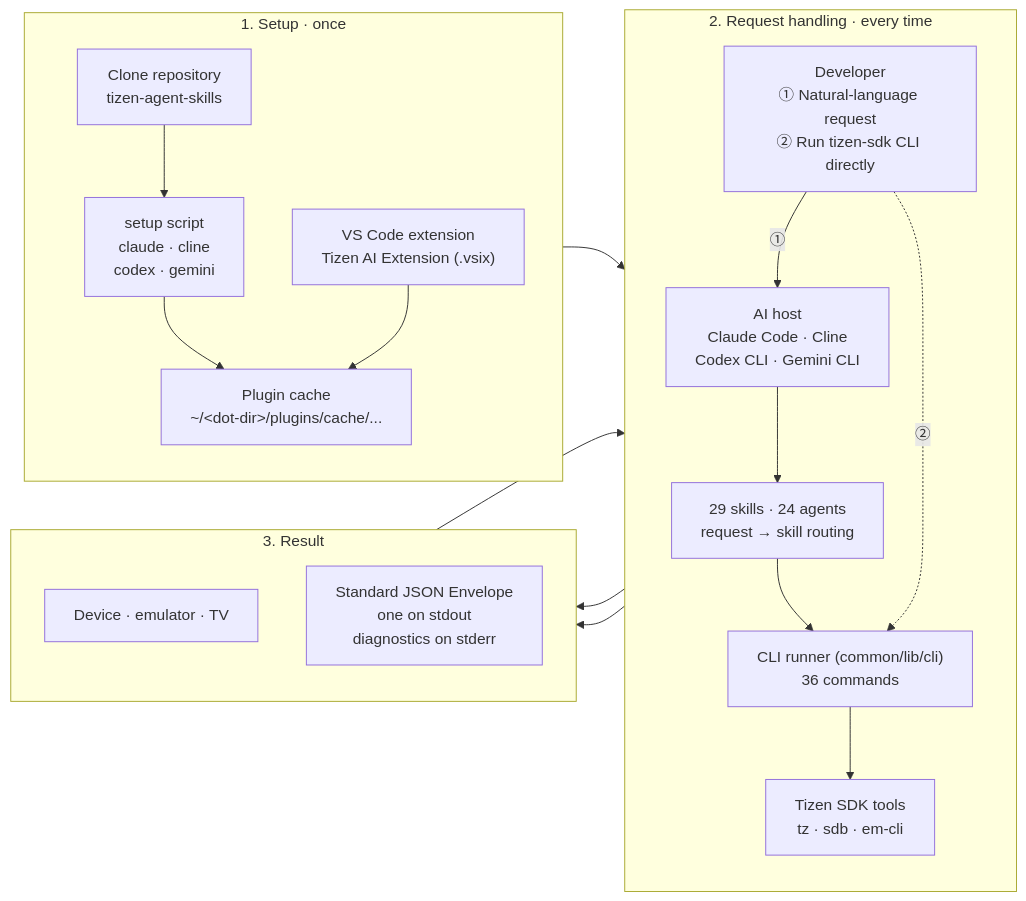
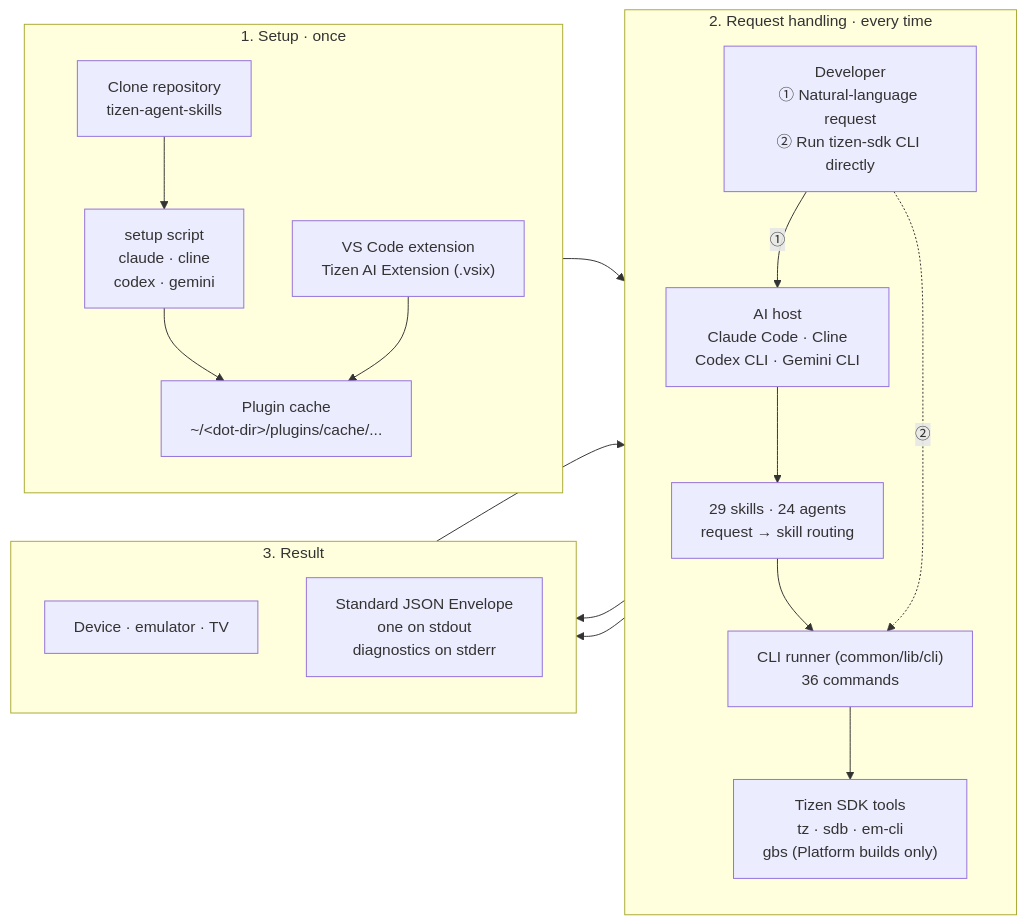
Before and after one commit to Samsung/tizen-agent-skills: the first of 2 diagrams in tizen-sdk-skills/quick-guide.md, drawn with Mermaid. The commit also changed 3 other files, not shown here.

First line of the commit message:
docs(tizen-sdk-skills): name the tz CLI in the README, list gbs in the quick guide

````diff
--- a/tizen-sdk-skills/quick-guide.md
+++ b/tizen-sdk-skills/quick-guide.md
@@ -11,33 +11,33 @@
 ```mermaid
 flowchart LR
     subgraph S1["1. Setup · once"]
         direction TB
         Clone["Clone repository<br/>tizen-agent-skills"] --> Setup["setup script<br/>claude · cline<br/>codex · gemini"]
         VSIX["VS Code extension<br/>Tizen AI Extension (.vsix)"]
         Setup --> Cache["Plugin cache<br/>~/&lt;dot-dir&gt;/plugins/cache/..."]
         VSIX --> Cache
     end
 
     subgraph S2["2. Request handling · every time"]
         direction TB
         Dev["Developer<br/>① Natural-language request<br/>② Run tizen-sdk CLI directly"]
         Host["AI host<br/>Claude Code · Cline<br/>Codex CLI · Gemini CLI"]
         Skill["29 skills · 24 agents<br/>request → skill routing"]
         Runner["CLI runner (common/lib/cli)<br/>36 commands"]
-        Tools["Tizen SDK tools<br/>tz · sdb · em-cli"]
+        Tools["Tizen SDK tools<br/>tz · sdb · em-cli<br/>gbs (Platform builds only)"]
         Dev -->|①| Host --> Skill --> Runner
         Dev -.->|②| Runner
         Runner --> Tools
     end
 
     subgraph S3["3. Result"]
         direction TB
         Target["Device · emulator · TV"]
         Env["Standard JSON Envelope<br/>one on stdout<br/>diagnostics on stderr"]
     end
 
     Cache --> Skill
     Tools --> Target
     Runner --> Env
     Env --> Host
 ```
````
